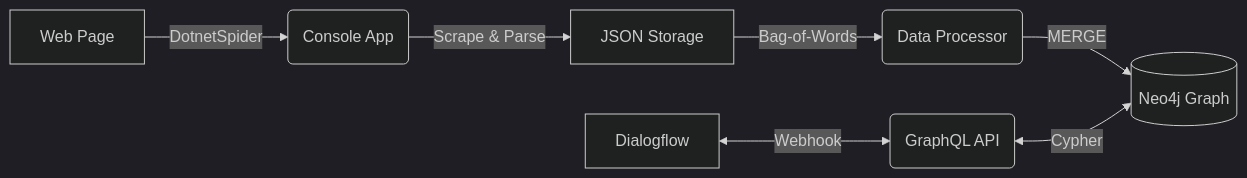
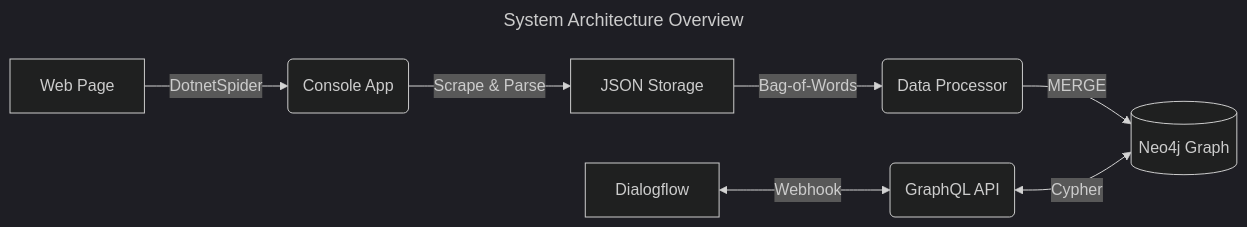
One commit to angelicagardner/chatbot-fallback-experience changed the first of 3 diagrams in README.md. Above: the diagram before and after it, drawn with Mermaid (dark theme). The commit also changed other lines of this file and 2 other files, not shown here.

````diff
--- a/README.md
+++ b/README.md
@@ -23,9 +23,12 @@
 ```mermaid
+---
+title: System Architecture Overview
+---
 graph LR
     A[Web Page] -->|DotnetSpider| B(Console App)
     B -->|Scrape & Parse| C[JSON Storage]
     C -->|Bag-of-Words| D(Data Processor)
     D -->|MERGE| E[(Neo4j Graph)]
     F[Dialogflow] <-->|Webhook| G(GraphQL API)
     G <-->|Cypher| E
 ```
````
